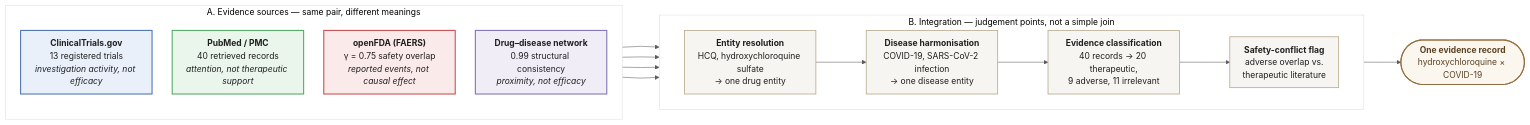
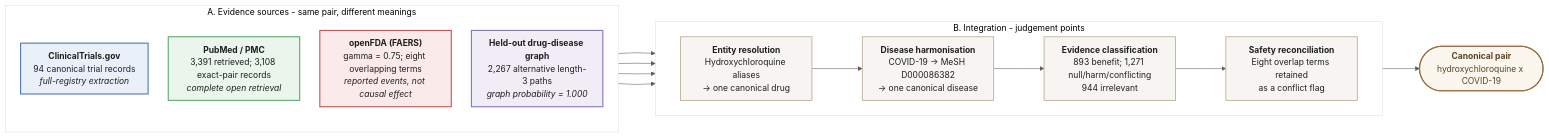
Before and after one commit to Franosei/Network-Analysis-of-Drug-Repurposing: the diagram in visualisation/figure_hcq_covid_top.mmd, drawn with Mermaid. The commit also changed 24 other files, not shown here.

Commit message:
figure review updates

```diff
--- a/visualisation/figure_hcq_covid_top.mmd
+++ b/visualisation/figure_hcq_covid_top.mmd
@@ -1,80 +1,60 @@
+%% Top panel: source evidence and semantic controls for the full HCQ-COVID-19 rerun.
+%% Values are from outputs/20260923_hcq_covid_full_pipeline.
 %%{init: {
   "theme": "base",
-  "themeVariables": {
-    "fontFamily": "Helvetica, Arial, sans-serif",
-    "fontSize": "16px",
-    "primaryColor": "#ffffff",
-    "primaryBorderColor": "#333333",
-    "primaryTextColor": "#1F1F1F",
-    "lineColor": "#5B5B5B",
-    "clusterBkg": "#ffffff",
-    "clusterBorder": "#CCCCCC"
-  },
-  "flowchart": {
-    "curve": "linear",
-    "htmlLabels": true,
-    "nodeSpacing": 38,
-    "rankSpacing": 70,
-    "padding": 12
-  }
-} }%%
+  "themeVariables": {"fontFamily": "Arial, Helvetica, sans-serif", "fontSize": "16px", "primaryColor": "#ffffff", "primaryBorderColor": "#333333", "primaryTextColor": "#1F1F1F", "lineColor": "#5B5B5B", "clusterBkg": "#ffffff", "clusterBorder": "#CCCCCC"},
+  "flowchart": {"curve": "linear", "htmlLabels": true, "nodeSpacing": 38, "rankSpacing": 70, "padding": 12}
+}}%%
 flowchart LR
-
-    subgraph A[" A.  Evidence sources — same pair, different meanings "]
+    subgraph A["A. Evidence sources - same pair, different meanings"]
         direction TB
         SRC_CT["`**ClinicalTrials.gov**
-        13 registered trials
-        *investigation activity, not efficacy*`"]
+        94 canonical trial records
+        *full-registry extraction*`"]
         SRC_PM["`**PubMed / PMC**
-        40 retrieved records
-        *attention, not therapeutic support*`"]
+        3,391 retrieved; 3,108 exact-pair records
+        *complete open retrieval*`"]
         SRC_FDA["`**openFDA (FAERS)**
-        γ = 0.75 safety overlap
+        gamma = 0.75; eight overlapping terms
         *reported events, not causal effect*`"]
-        SRC_NET["`**Drug–disease network**
-        0.99 structural consistency
-        *proximity, not efficacy*`"]
+        SRC_NET["`**Held-out drug-disease graph**
+        2,267 alternative length-3 paths
+        *graph probability = 1.000*`"]
     end
-
-    subgraph B[" B.  Integration — judgement points, not a simple join "]
+    subgraph B["B. Integration - judgement points"]
         direction LR
         INT_ENTITY["`**Entity resolution**
-        HCQ, hydroxychloroquine sulfate
-        → one drug entity`"]
+        Hydroxychloroquine aliases
+        -> one canonical drug`"]
         INT_DISEASE["`**Disease harmonisation**
-        COVID-19, SARS-CoV-2 infection
-        → one disease entity`"]
+        COVID-19 -> MeSH D000086382
+        -> one canonical disease`"]
         INT_CLASS["`**Evidence classification**
-        40 records → 20 therapeutic,
-        9 adverse, 11 irrelevant`"]
-        INT_SAFETY["`**Safety-conflict flag**
-        adverse overlap vs.
-        therapeutic literature`"]
+        893 benefit; 1,271 null/harm/conflicting
+        944 irrelevant`"]
+        INT_SAFETY["`**Safety reconciliation**
+        Eight overlap terms retained
+        as a conflict flag`"]
         INT_ENTITY --> INT_DISEASE --> INT_CLASS --> INT_SAFETY
     end
-
     SRC_CT --> INT_ENTITY
-    SRC_PM --> INT_ENTITY
-    SRC_FDA --> INT_ENTITY
-    SRC_NET --> INT_ENTITY
-
-    REC(["`**One evidence record**
-    hydroxychloroquine × COVID-19`"])
+    SRC_PM --> INT_CLASS
+    SRC_FDA --> INT_SAFETY
+    SRC_NET --> INT_SAFETY
+    REC(["`**Canonical pair**
+    hydroxychloroquine x COVID-19`"])
     INT_SAFETY --> REC
-
     classDef srcTrials fill:#EAF0FA,stroke:#4C72B0,stroke-width:2px,color:#1F1F1F
     classDef srcLit fill:#EAF5EC,stroke:#55A868,stroke-width:2px,color:#1F1F1F
     classDef srcSafety fill:#FBEAEA,stroke:#C44E52,stroke-width:2px,color:#1F1F1F
     classDef srcNetwork fill:#F1EDF7,stroke:#8172B2,stroke-width:2px,color:#1F1F1F
     classDef integ fill:#F7F5F2,stroke:#B7A98C,stroke-width:1.5px,color:#1F1F1F
     classDef merge fill:#FBF7EF,stroke:#946E3D,stroke-width:2px,color:#5B4321
-
     class SRC_CT srcTrials
     class SRC_PM srcLit
     class SRC_FDA srcSafety
     class SRC_NET srcNetwork
     class INT_ENTITY,INT_DISEASE,INT_CLASS,INT_SAFETY integ
     class REC merge
-
     style A fill:#FFFFFF,stroke:#DDDDDD,stroke-width:1px
     style B fill:#FFFFFF,stroke:#DDDDDD,stroke-width:1px
```
